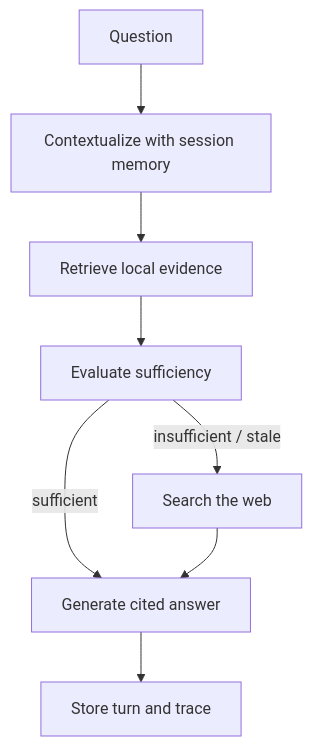
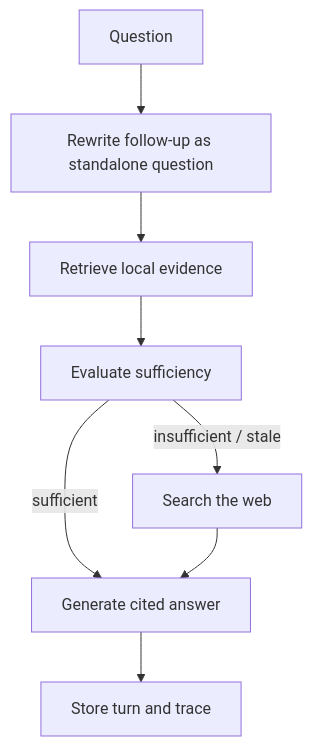
The diagram in README.md (Jakob-Benjamin-Dorn/gamescope-agent), drawn with Mermaid before and after one commit. The commit also changed other lines of this file and 6 other files, not shown here.

````diff
--- a/README.md
+++ b/README.md
@@ -42,10 +43,10 @@
 ```mermaid
 flowchart TB
-    Q[Question] --> C[Contextualize with session memory]
+    Q[Question] --> C[Rewrite follow-up as standalone question]
     C --> R[Retrieve local evidence]
     R --> E[Evaluate sufficiency]
     E -->|sufficient| G[Generate cited answer]
     E -->|insufficient / stale| W[Search the web]
     W --> G
     G --> H[Store turn and trace]
 ```
````
